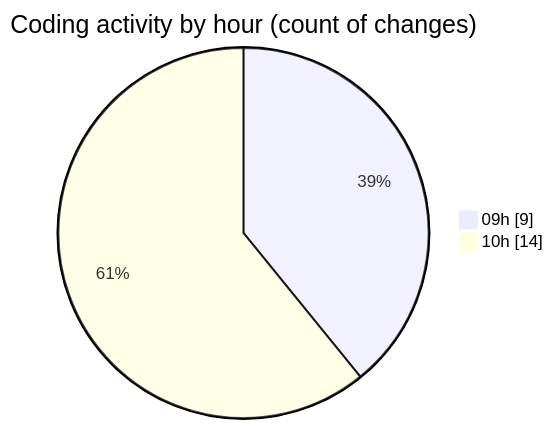
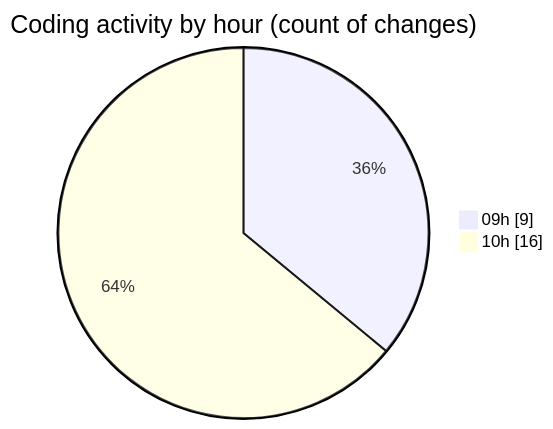
Before and after one commit to lephambinh05/code-tracking: the second of 2 diagrams in 2025-07-10/mail-listener2-0_1_3/README.md, drawn with Mermaid. The commit also changed other lines of this file and 1 other file, not shown here.

````diff
--- a/2025-07-10/mail-listener2-0_1_3/README.md
+++ b/2025-07-10/mail-listener2-0_1_3/README.md
@@ -31,6 +31,6 @@
 ```mermaid
 pie showData
 title Coding activity by hour (count of changes)
 "09h" : 9
-"10h" : 14
+"10h" : 16
 ```
````
